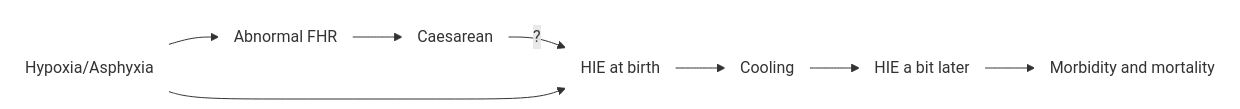
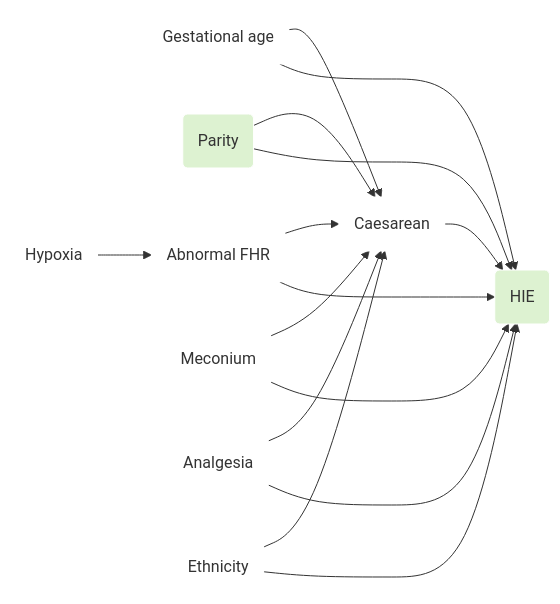
One commit to birth-outcomes/birth_outcomes_summary changed diagram 19 of 21 in book_birth_outcomes_summary/design_dag_hie.md. Above: the diagram before and after it, drawn with Mermaid. The commit also changed other lines of this file and 20 other files, not shown here.

`````diff
--- a/book_birth_outcomes_summary/design_dag_hie.md
+++ b/book_birth_outcomes_summary/design_dag_hie.md
@@ -424,24 +448,27 @@
 ````{mermaid}
   flowchart LR;
 
-    A("Caesarean"):::white;
-    Y("HIE at birth"):::white;
-    U("Hypoxia/Asphyxia"):::white;
-    L("Abnormal FHR"):::white;
-    Cool("Cooling"):::white;
-    Ylater("HIE a bit later"):::white;
-    Dis("Morbidity and mortality"):::white;
+    %% Define the nodes and subgraphs
+    age("Gestational age"):::white;
+    par("Parity"):::green;
+    hypo("Hypoxia"):::white;
+    fhr("Abnormal FHR"):::white;
+    mec("Meconium"):::white;
+    ana("Analgesia"):::white;
+    eth("Ethnicity"):::white;
+    treat("Caesarean"):::white;
+    out("HIE"):::green;
 
-    A -->|?| Y;
-    U --> L;
-    L --> A;
-    U --> Y;
-    Y --> Cool;
-    Cool --> Ylater;
-    Ylater --> Dis;
-
-
+    %% Produce the figure
+    age --> treat; age --> out;
+    par --> treat; par --> out;
+    hypo--> fhr; fhr --> treat; fhr --> out;
+    mec --> treat; mec --> out;
+    ana --> treat; ana --> out;
+    eth --> treat; eth --> out;
+    treat --> out;
+  
     classDef white fill:#FFFFFF, stroke:#FFFFFF;
     classDef black fill:#FFFFFF, stroke:#000000;
-    classDef empty width:0px,height:0px;
+    classDef green fill:#DDF2D1, stroke: #FFFFFF;
 ````
`````
